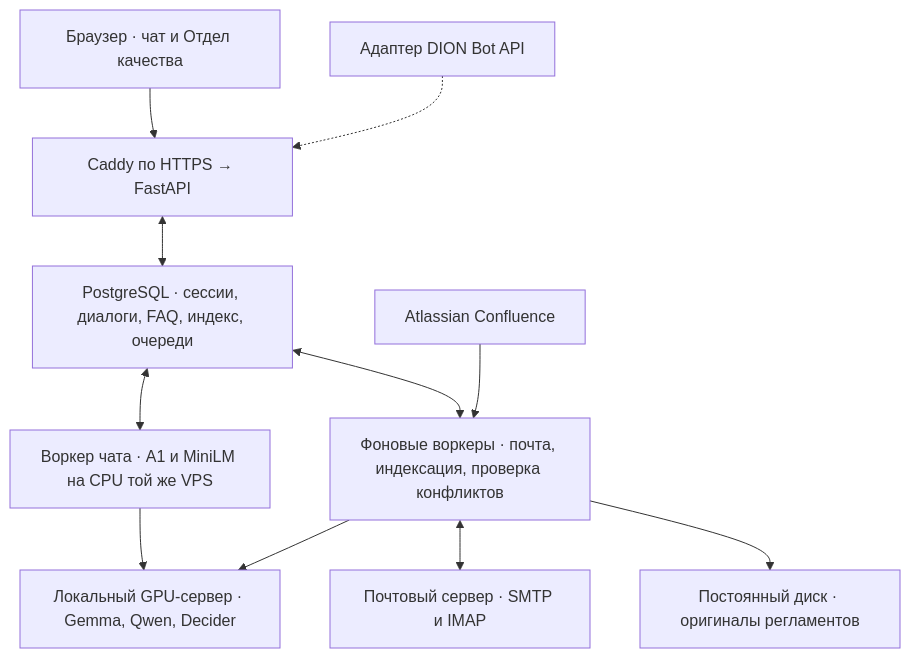
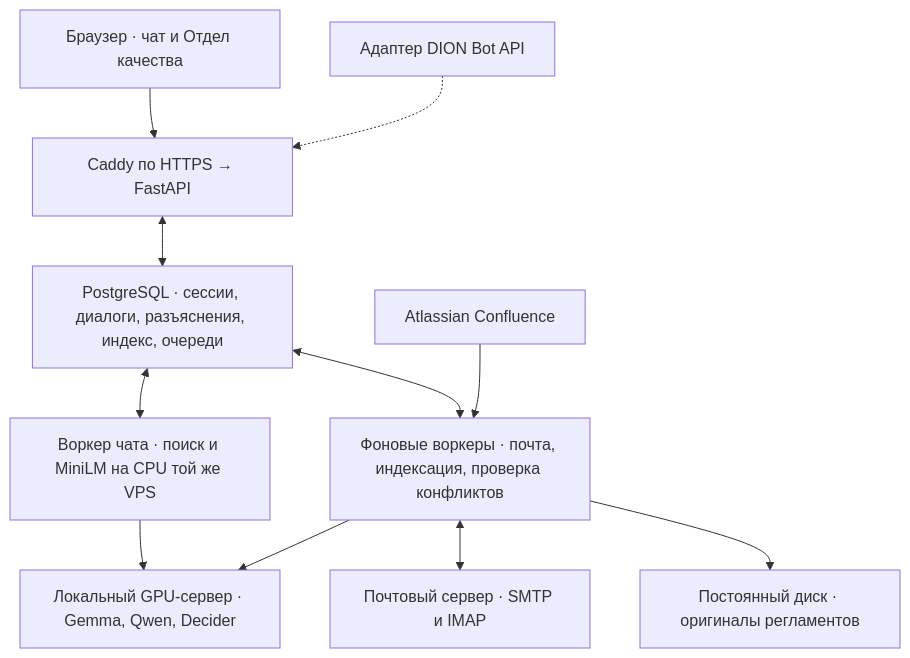
One commit to gureev1988-ops/iikuznica changed the third of 3 diagrams in docs/architecture/dion-tech-section.md. Above: the diagram before and after it, drawn with Mermaid. The commit also changed other lines of this file, not shown here.

````diff
--- a/docs/architecture/dion-tech-section.md
+++ b/docs/architecture/dion-tech-section.md
@@ -79,13 +58,13 @@
 ```mermaid
 flowchart TD
     UI["Браузер · чат и Отдел качества"] --> API["Caddy по HTTPS → FastAPI"]
     DION["Адаптер DION Bot API"] -.-> API
-    API <--> DB["PostgreSQL · сессии, диалоги, FAQ, индекс, очереди"]
-    DB <--> CHAT["Воркер чата · A1 и MiniLM на CPU той же VPS"]
+    API <--> DB["PostgreSQL · сессии, диалоги, разъяснения, индекс, очереди"]
+    DB <--> CHAT["Воркер чата · поиск и MiniLM на CPU той же VPS"]
     DB <--> BG["Фоновые воркеры · почта, индексация, проверка конфликтов"]
     CHAT --> GPU["Локальный GPU-сервер · Gemma, Qwen, Decider"]
     BG --> GPU
     BG <--> MAIL["Почтовый сервер · SMTP и IMAP"]
     CONF["Atlassian Confluence"] --> BG
     BG --> DISK["Постоянный диск · оригиналы регламентов"]
 ```
````
